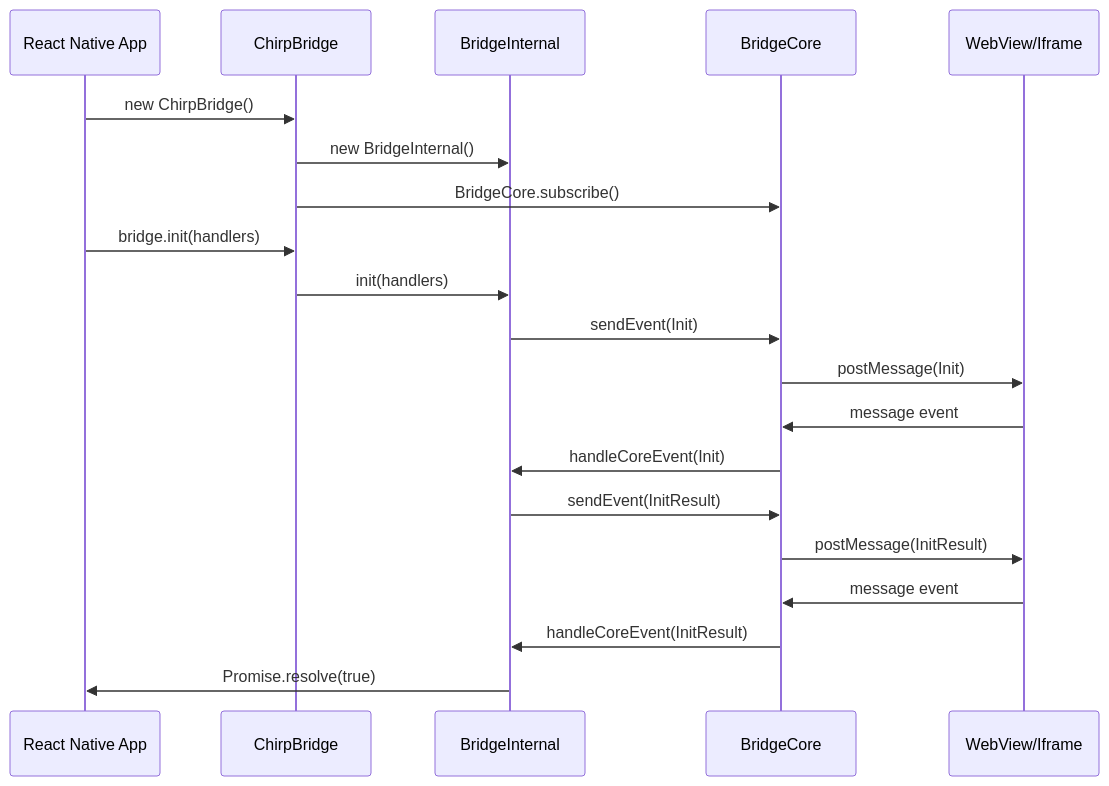
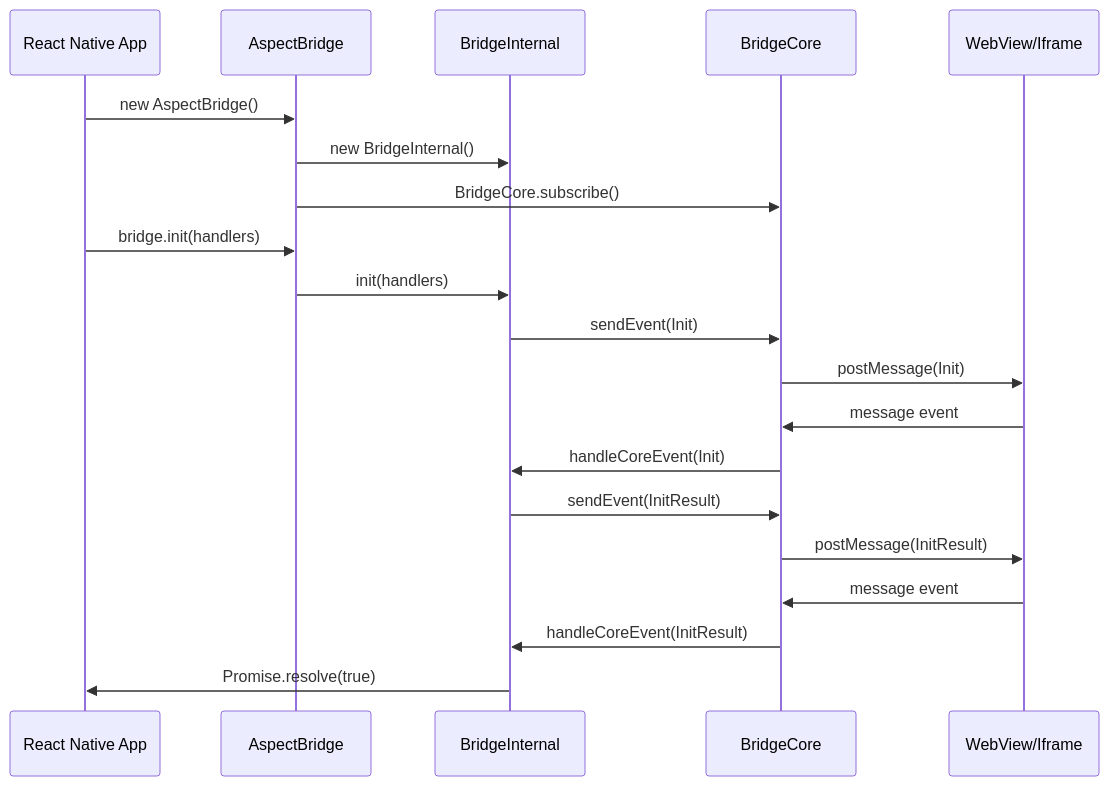
The first of 3 diagrams in docs/ARCHITECTURE.md (JeanIsahakyan/chirp), drawn with Mermaid before and after one commit. The commit also changed other lines of this file and 42 other files, not shown here.

First line of the commit message:
feat: rename Chirp to Aspect and add comprehensive testing + CI/CD

````diff
--- a/docs/ARCHITECTURE.md
+++ b/docs/ARCHITECTURE.md
@@ -147,26 +147,26 @@
 ```mermaid
 sequenceDiagram
     participant App as React Native App
-    participant Bridge as ChirpBridge
+    participant Bridge as AspectBridge
     participant Internal as BridgeInternal
     participant Core as BridgeCore
     participant Web as WebView/Iframe
 
-    App->>Bridge: new ChirpBridge()
+    App->>Bridge: new AspectBridge()
     Bridge->>Internal: new BridgeInternal()
     Bridge->>Core: BridgeCore.subscribe()
     
     App->>Bridge: bridge.init(handlers)
     Bridge->>Internal: init(handlers)
     Internal->>Core: sendEvent(Init)
     Core->>Web: postMessage(Init)
     
     Web->>Core: message event
     Core->>Internal: handleCoreEvent(Init)
     Internal->>Core: sendEvent(InitResult)
     Core->>Web: postMessage(InitResult)
     
     Web->>Core: message event
     Core->>Internal: handleCoreEvent(InitResult)
     Internal->>App: Promise.resolve(true)
 ```
````
